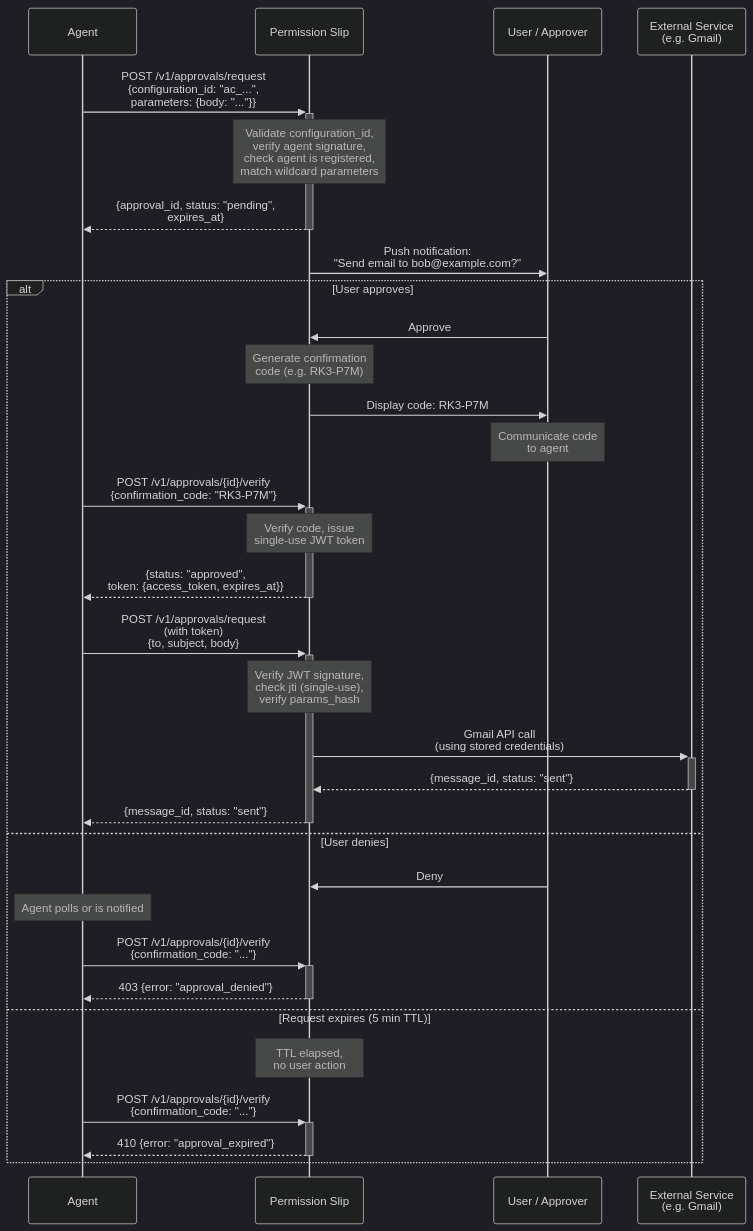
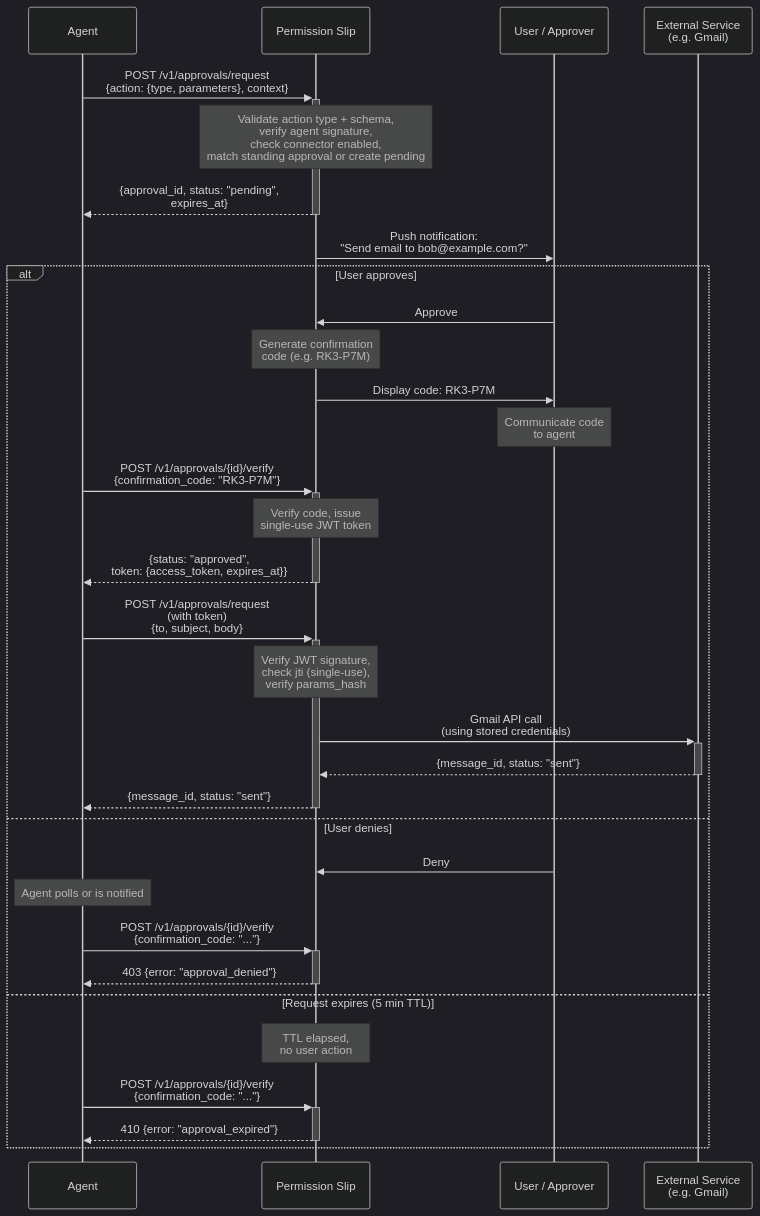
The fourth of 6 diagrams in docs/architecture.md (supersuit-tech/permission-slip), drawn with Mermaid (dark theme) before and after one commit. The commit also changed other lines of this file and 4 other files, not shown here.

First line of the commit message:
Phase 4: docs sweep for action configuration removal (#1425) (#1429)

````diff
--- a/docs/architecture.md
+++ b/docs/architecture.md
@@ -169,41 +166,41 @@
 ```mermaid
 sequenceDiagram
     participant Agent
     participant PS as Permission Slip
     participant User as User / Approver
     participant Ext as External Service<br/>(e.g. Gmail)
 
-    Agent->>+PS: POST /v1/approvals/request<br/>{configuration_id: "ac_...",<br/>parameters: {body: "..."}}
-    Note over PS: Validate configuration_id,<br/>verify agent signature,<br/>check agent is registered,<br/>match wildcard parameters
+    Agent->>+PS: POST /v1/approvals/request<br/>{action: {type, parameters}, context}
+    Note over PS: Validate action type + schema,<br/>verify agent signature,<br/>check connector enabled,<br/>match standing approval or create pending
     PS-->>-Agent: {approval_id, status: "pending",<br/>expires_at}
 
     PS->>User: Push notification:<br/>"Send email to bob@example.com?"
 
     alt User approves
         User->>PS: Approve
         Note over PS: Generate confirmation<br/>code (e.g. RK3-P7M)
         PS->>User: Display code: RK3-P7M
         Note over User: Communicate code<br/>to agent
 
         Agent->>+PS: POST /v1/approvals/{id}/verify<br/>{confirmation_code: "RK3-P7M"}
         Note over PS: Verify code, issue<br/>single-use JWT token
         PS-->>-Agent: {status: "approved",<br/>token: {access_token, expires_at}}
 
         Agent->>+PS: POST /v1/approvals/request<br/>(with token)<br/>{to, subject, body}
         Note over PS: Verify JWT signature,<br/>check jti (single-use),<br/>verify params_hash
         PS->>+Ext: Gmail API call<br/>(using stored credentials)
         Ext-->>-PS: {message_id, status: "sent"}
         PS-->>-Agent: {message_id, status: "sent"}
 
     else User denies
         User->>PS: Deny
         Note over Agent: Agent polls or is notified
         Agent->>+PS: POST /v1/approvals/{id}/verify<br/>{confirmation_code: "..."}
         PS-->>-Agent: 403 {error: "approval_denied"}
 
     else Request expires (5 min TTL)
         Note over PS: TTL elapsed,<br/>no user action
         Agent->>+PS: POST /v1/approvals/{id}/verify<br/>{confirmation_code: "..."}
         PS-->>-Agent: 410 {error: "approval_expired"}
     end
 ```
````
